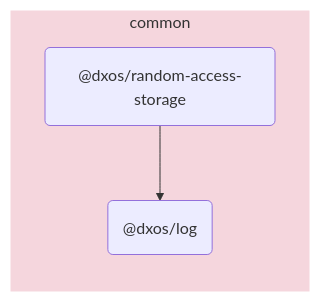
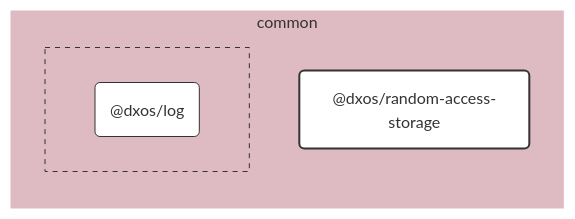
Before and after one commit to dxos/dxos: the diagram in packages/common/random-access-storage/docs/README.md, drawn with Mermaid. The commit also changed other lines of this file and 109 other files, not shown here.

````diff
--- a/packages/common/random-access-storage/docs/README.md
+++ b/packages/common/random-access-storage/docs/README.md
@@ -5,11 +7,33 @@
 ```mermaid
-flowchart LR;
+%%{ init: {'flowchart':{'curve':'basis'}} }%%
 
+flowchart LR
+
+%% Links
+
+%% Sections
 subgraph common
-  style common fill:#f5d6dd,stroke:#fff;
-  dxos/random-access-storage("@dxos/random-access-storage");
-  dxos/log("@dxos/log");
+  style common fill:#debac2,stroke:#fff;
+
+  dxos/random-access-storage("@dxos/random-access-storage")
+
+  subgraph common-excluded [ ]
+    style common-excluded fill:#debac2,stroke:#333,stroke-dasharray:5 5;
+
+    dxos/log("@dxos/log")
+  end
 end
 
-dxos/random-access-storage --> dxos/log;
+
+%% Hyperlinks
+click dxos/log href "https:/github.com/dxos/dxos/tree/main/packages/common/log/docs";
+
+%% Styles
+classDef rootNode fill:#fff,stroke:#333,stroke-width:2px
+classDef defaultNode fill:#fff,stroke:#333,stroke-width:1px
+linkStyle default stroke:#333,stroke-width:1px
+
+dxos/random-access-storage:::rootNode
+
+dxos/log:::defaultNode
 ```
````
